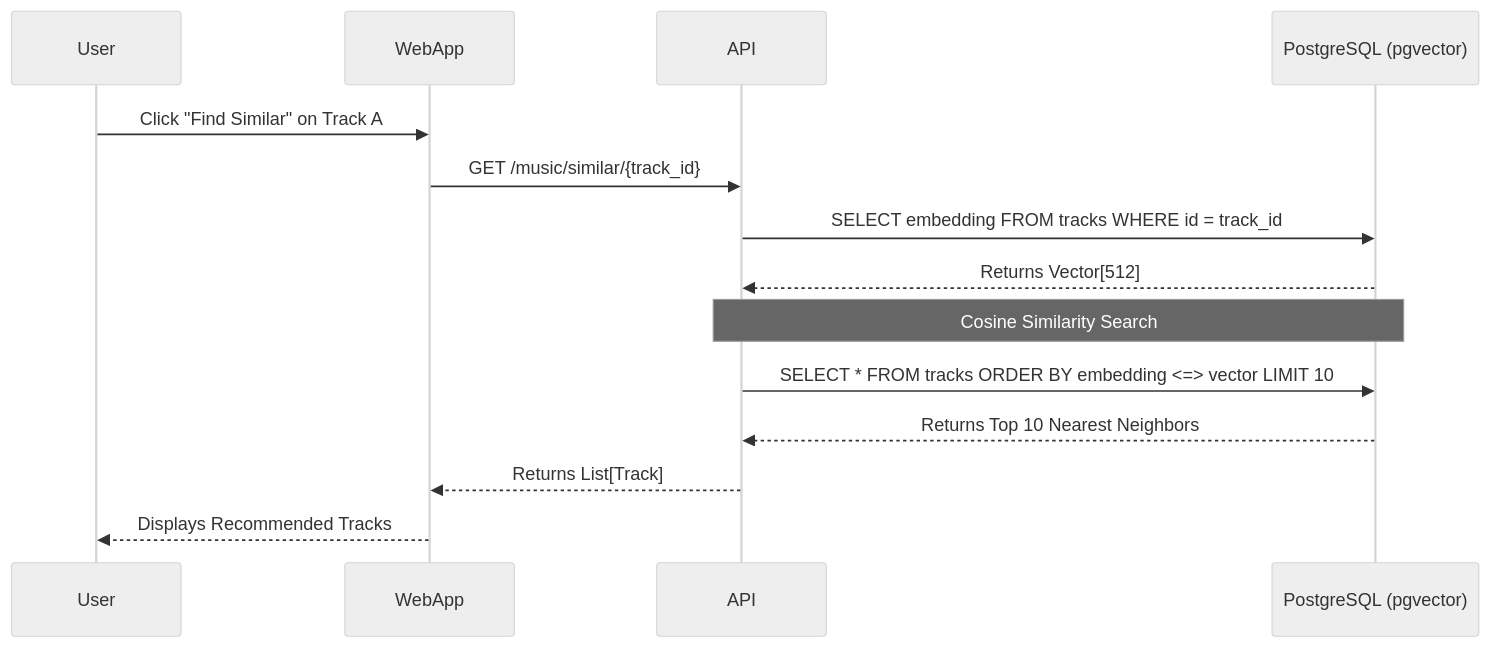
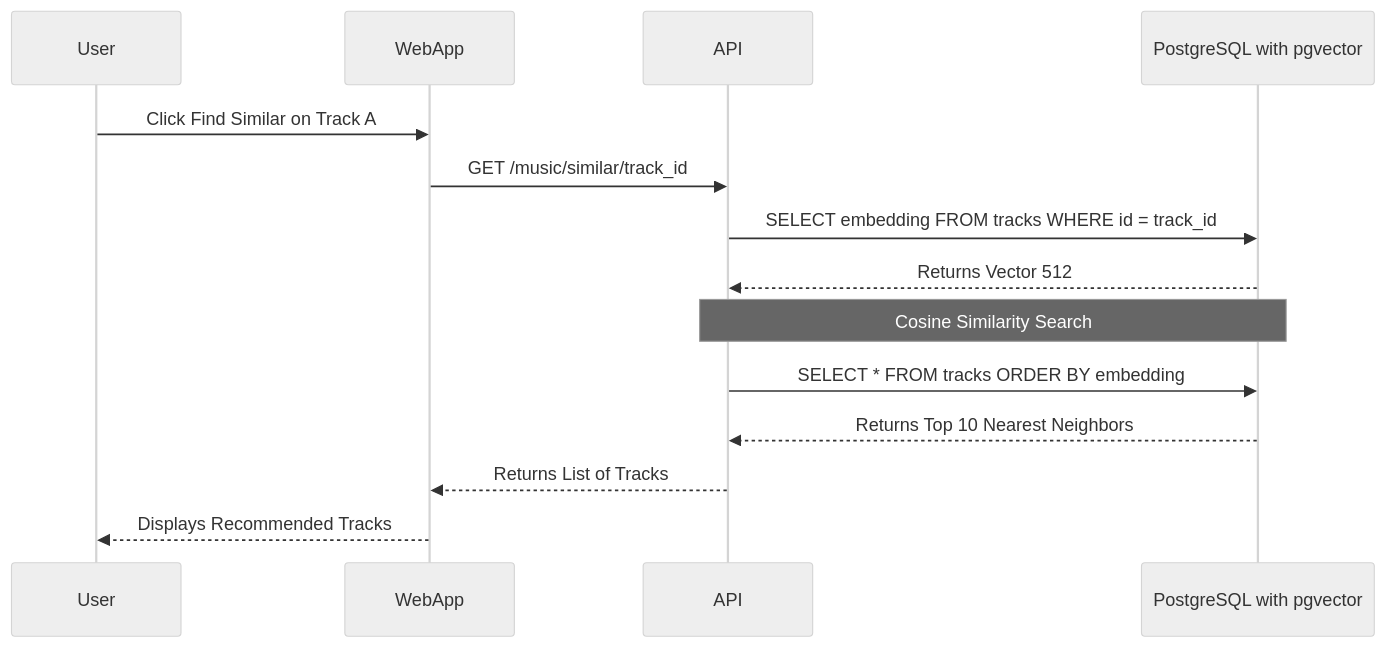
Before and after one commit to Hatchi-Kin/msv2-webapp: the third of 4 diagrams in ARCHITECTURE.md, drawn with Mermaid (neutral theme). The commit also changed other lines of this file, not shown here.

````diff
--- a/ARCHITECTURE.md
+++ b/ARCHITECTURE.md
@@ -64,19 +63,19 @@
 ```mermaid
 sequenceDiagram
     participant User
     participant WebApp
     participant API
-    participant PG as PostgreSQL (pgvector)
-
-    User->>WebApp: Click "Find Similar" on Track A
-    WebApp->>API: GET /music/similar/{track_id}
+    participant PG as PostgreSQL with pgvector
+    
+    User->>WebApp: Click Find Similar on Track A
+    WebApp->>API: GET /music/similar/track_id
     API->>PG: SELECT embedding FROM tracks WHERE id = track_id
-    PG-->>API: Returns Vector[512]
+    PG-->>API: Returns Vector 512
     
-    Note over API, PG: Cosine Similarity Search
-    API->>PG: SELECT * FROM tracks ORDER BY embedding <=> vector LIMIT 10
+    Note over API,PG: Cosine Similarity Search
+    API->>PG: SELECT * FROM tracks ORDER BY embedding
     PG-->>API: Returns Top 10 Nearest Neighbors
     
-    API-->>WebApp: Returns List[Track]
+    API-->>WebApp: Returns List of Tracks
     WebApp-->>User: Displays Recommended Tracks
 ```
````
